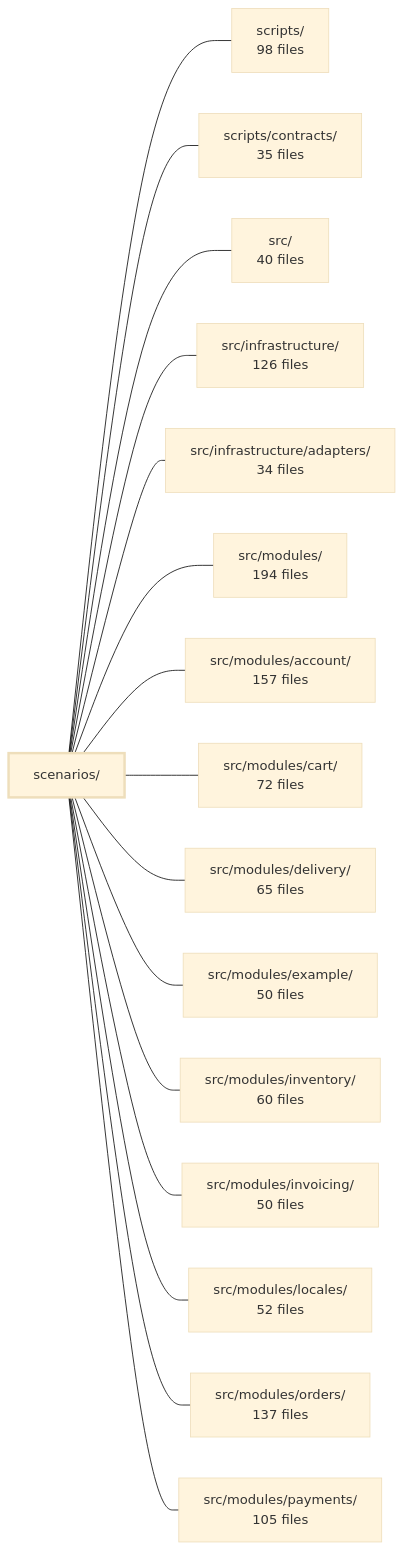
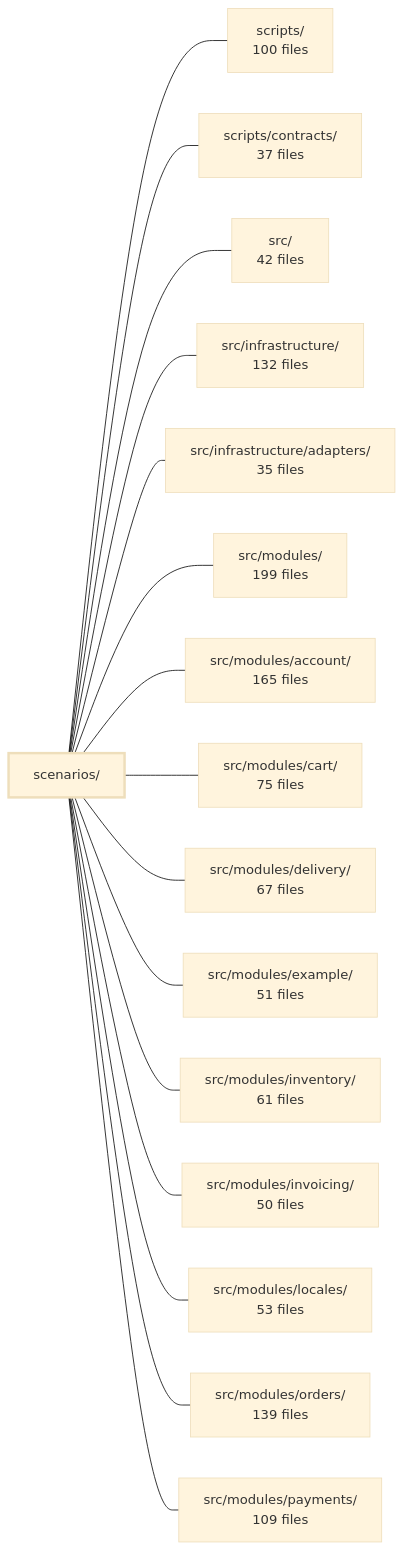
The diagram in .2brain/modules/boilerplate-node-backend_scenarios.md (Guebbit/boilerplate-node-backend), drawn with Mermaid (base theme) before and after one commit. The commit also changed other lines of this file and 1102 other files, not shown here.

````diff
--- a/.2brain/modules/boilerplate-node-backend_scenarios.md
+++ b/.2brain/modules/boilerplate-node-backend_scenarios.md
@@ -42,35 +39,35 @@
 ```mermaid
 flowchart LR
     m_scenarios["scenarios/"]
-    m_scripts["scripts/<br/>98 files"]
-    m_scripts_contracts["scripts/contracts/<br/>35 files"]
-    m_src["src/<br/>40 files"]
-    m_src_infrastructure["src/infrastructure/<br/>126 files"]
-    m_src_infrastructure_adapters["src/infrastructure/adapters/<br/>34 files"]
-    m_src_modules["src/modules/<br/>194 files"]
-    m_src_modules_account["src/modules/account/<br/>157 files"]
-    m_src_modules_cart["src/modules/cart/<br/>72 files"]
-    m_src_modules_delivery["src/modules/delivery/<br/>65 files"]
-    m_src_modules_example["src/modules/example/<br/>50 files"]
-    m_src_modules_inventory["src/modules/inventory/<br/>60 files"]
+    m_scripts["scripts/<br/>100 files"]
+    m_scripts_contracts["scripts/contracts/<br/>37 files"]
+    m_src["src/<br/>42 files"]
+    m_src_infrastructure["src/infrastructure/<br/>132 files"]
+    m_src_infrastructure_adapters["src/infrastructure/adapters/<br/>35 files"]
+    m_src_modules["src/modules/<br/>199 files"]
+    m_src_modules_account["src/modules/account/<br/>165 files"]
+    m_src_modules_cart["src/modules/cart/<br/>75 files"]
+    m_src_modules_delivery["src/modules/delivery/<br/>67 files"]
+    m_src_modules_example["src/modules/example/<br/>51 files"]
+    m_src_modules_inventory["src/modules/inventory/<br/>61 files"]
     m_src_modules_invoicing["src/modules/invoicing/<br/>50 files"]
-    m_src_modules_locales["src/modules/locales/<br/>52 files"]
-    m_src_modules_orders["src/modules/orders/<br/>137 files"]
-    m_src_modules_payments["src/modules/payments/<br/>105 files"]
+    m_src_modules_locales["src/modules/locales/<br/>53 files"]
+    m_src_modules_orders["src/modules/orders/<br/>139 files"]
+    m_src_modules_payments["src/modules/payments/<br/>109 files"]
     m_scenarios --- m_scripts
     m_scenarios --- m_scripts_contracts
     m_scenarios --- m_src
     m_scenarios --- m_src_infrastructure
     m_scenarios --- m_src_infrastructure_adapters
     m_scenarios --- m_src_modules
     m_scenarios --- m_src_modules_account
     m_scenarios --- m_src_modules_cart
     m_scenarios --- m_src_modules_delivery
     m_scenarios --- m_src_modules_example
     m_scenarios --- m_src_modules_inventory
     m_scenarios --- m_src_modules_invoicing
     m_scenarios --- m_src_modules_locales
     m_scenarios --- m_src_modules_orders
     m_scenarios --- m_src_modules_payments
     style m_scenarios stroke-width:3px
 ```
````
